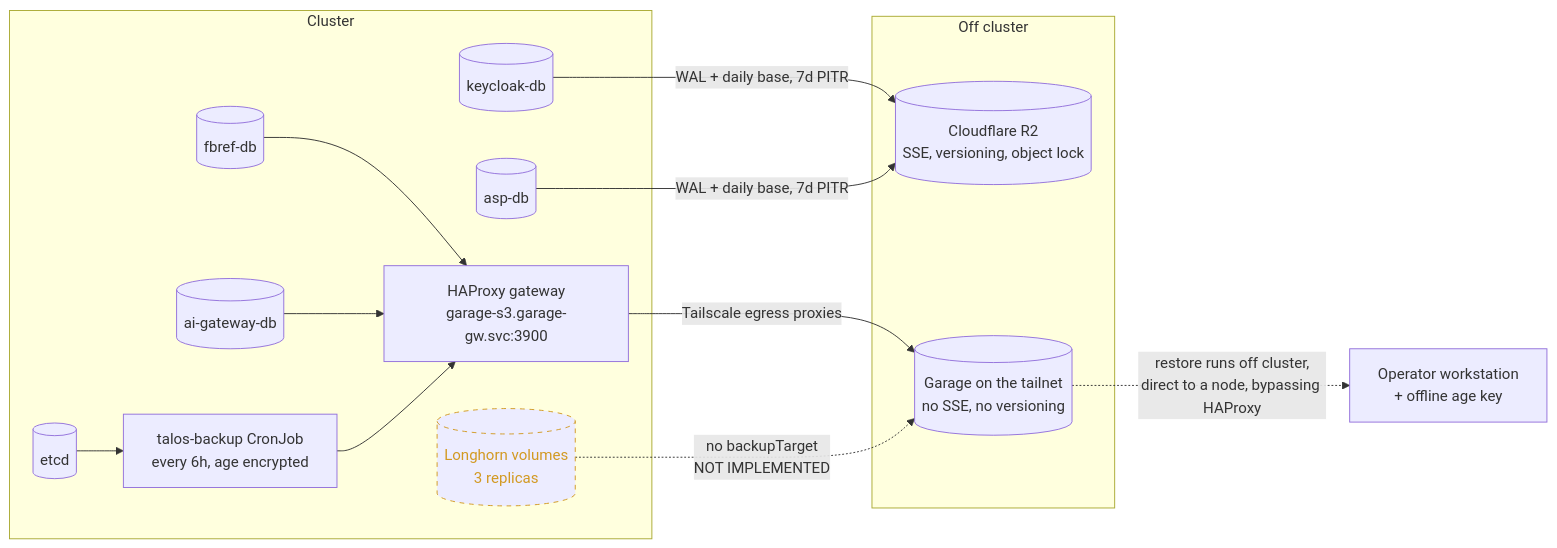
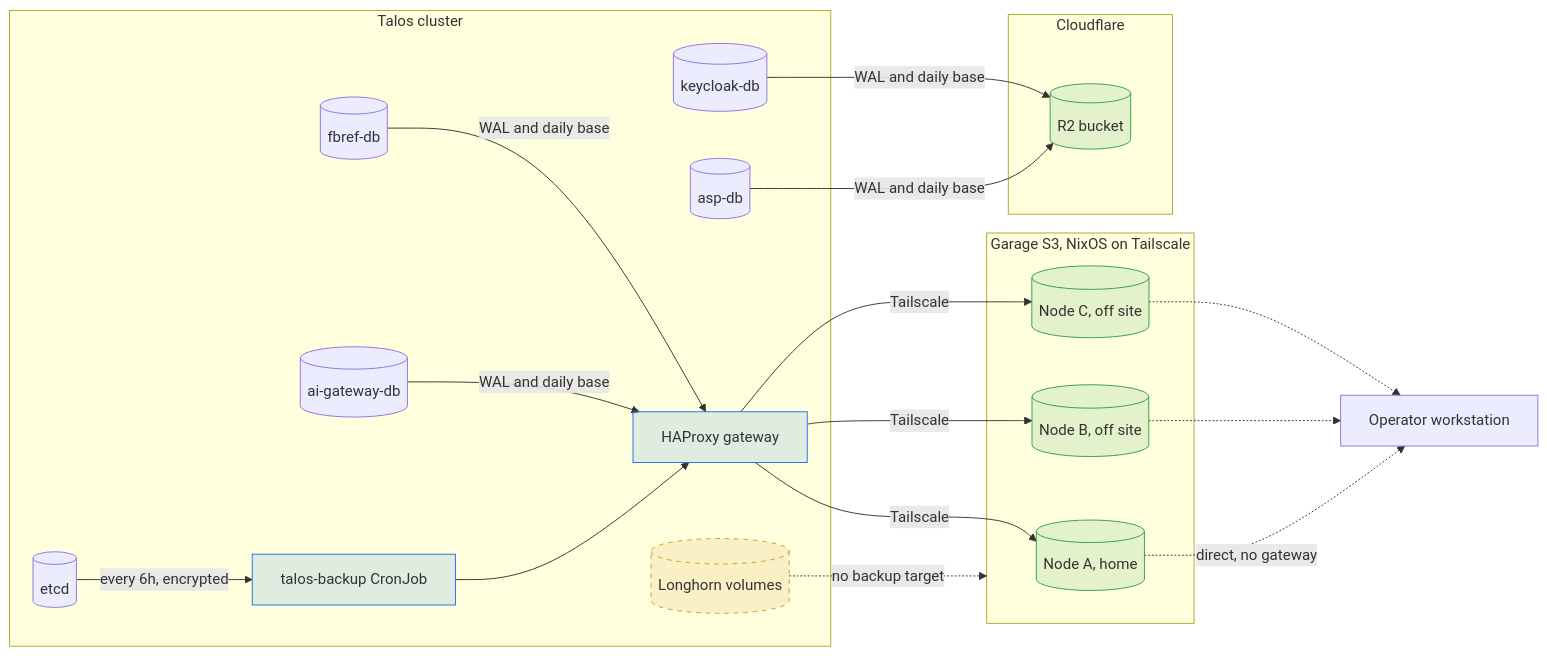
One commit to eliorion/homelab_v1 changed the third of 3 diagrams in README.md. Above: the diagram before and after it, drawn with Mermaid. The commit also changed other lines of this file, not shown here.

First line of the commit message:
docs(readme): explain the off-site Garage cluster, and redraw the diagrams

````diff
--- a/README.md
+++ b/README.md
@@ -238,32 +269,47 @@
 ```mermaid
 flowchart LR
-    subgraph clusterb["Cluster"]
+    subgraph clusterb["Talos cluster"]
         kcdb[("keycloak-db")]
         aspdb[("asp-db")]
         fbdb[("fbref-db")]
         aidb[("ai-gateway-db")]
         etcd[("etcd")]
-        cron["talos-backup CronJob<br/>every 6h, age encrypted"]
-        hap["HAProxy gateway<br/>garage-s3.garage-gw.svc:3900"]
-        lhv[("Longhorn volumes<br/>3 replicas")]
+        cron["talos-backup CronJob"]
+        hap["HAProxy gateway"]
+        lhv[("Longhorn volumes")]
     end
 
-    subgraph off["Off cluster"]
-        r2[("Cloudflare R2<br/>SSE, versioning, object lock")]
-        gar[("Garage on the tailnet<br/>no SSE, no versioning")]
+    subgraph cfr2["Cloudflare"]
+        r2[("R2 bucket")]
     end
 
-    kcdb -->|"WAL + daily base, 7d PITR"| r2
-    aspdb -->|"WAL + daily base, 7d PITR"| r2
-    fbdb --> hap
-    aidb --> hap
-    etcd --> cron --> hap
-    hap -->|"Tailscale egress proxies"| gar
+    subgraph garage["Garage S3, NixOS on Tailscale"]
+        ga[("Node A, home")]
+        gb[("Node B, off site")]
+        gc[("Node C, off site")]
+    end
 
-    lhv -.->|"no backupTarget<br/>NOT IMPLEMENTED"| gar
+    restore["Operator workstation"]
 
-    gar -.->|"restore runs off cluster,<br/>direct to a node, bypassing HAProxy"| restore["Operator workstation<br/>+ offline age key"]
+    kcdb -->|"WAL and daily base"| r2
+    aspdb -->|"WAL and daily base"| r2
+    fbdb -->|"WAL and daily base"| hap
+    aidb -->|"WAL and daily base"| hap
+    etcd -->|"every 6h, encrypted"| cron --> hap
+    hap -->|Tailscale| ga
+    hap -->|Tailscale| gb
+    hap -->|Tailscale| gc
 
-    classDef missing stroke-dasharray: 5 5,stroke:#d29922,color:#d29922
+    lhv -.->|"no backup target"| garage
+
+    ga -.->|"direct, no gateway"| restore
+    gb -.-> restore
+    gc -.-> restore
+
+    classDef store fill:#2ea04322,stroke:#2ea043,stroke-width:1px
+    classDef gw fill:#1f6feb22,stroke:#1f6feb,stroke-width:1px
+    classDef missing fill:#d2992222,stroke:#d29922,stroke-width:1px,stroke-dasharray: 5 5
+    class r2,ga,gb,gc store
+    class hap,cron gw
     class lhv missing
 ```
````
